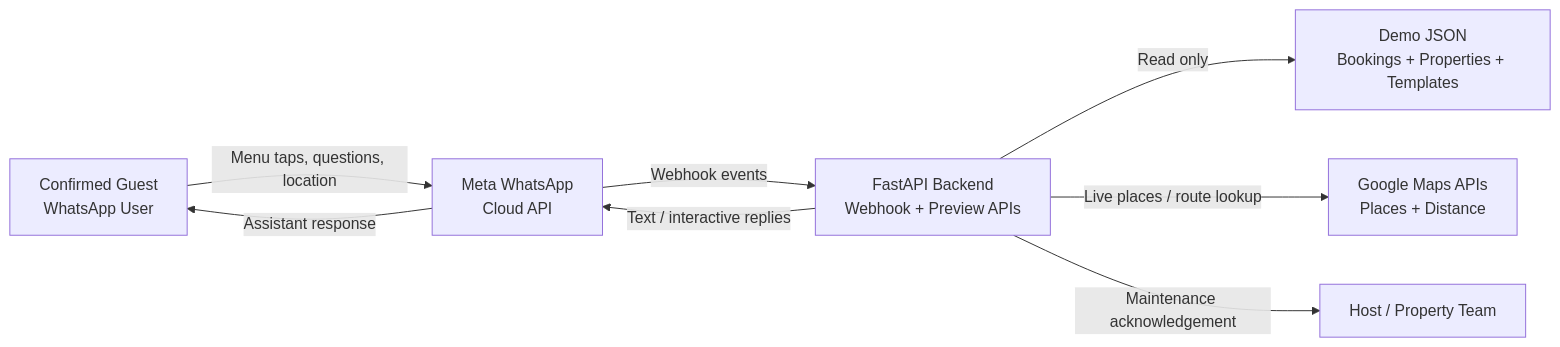
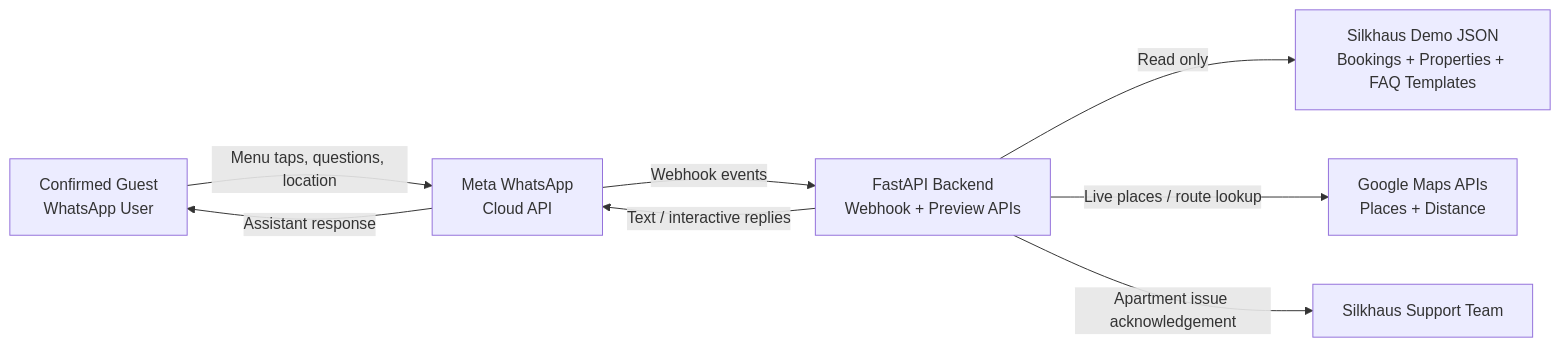
Before and after one commit to dhiraj-solace/rental-property-whatsApp-bot: the first of 3 diagrams in docs/architecture-and-activity-diagrams.md, drawn with Mermaid. The commit also changed other lines of this file and 5 other files, not shown here.

````diff
--- a/docs/architecture-and-activity-diagrams.md
+++ b/docs/architecture-and-activity-diagrams.md
@@ -7,18 +7,18 @@
 ```mermaid
 flowchart LR
     Guest["Confirmed Guest<br/>WhatsApp User"]
     Meta["Meta WhatsApp<br/>Cloud API"]
     API["FastAPI Backend<br/>Webhook + Preview APIs"]
-    Data["Demo JSON<br/>Bookings + Properties + Templates"]
+    Data["Silkhaus Demo JSON<br/>Bookings + Properties + FAQ Templates"]
     Maps["Google Maps APIs<br/>Places + Distance"]
-    Host["Host / Property Team"]
+    Host["Silkhaus Support Team"]
 
     Guest -->|"Menu taps, questions, location"| Meta
     Meta -->|"Webhook events"| API
     API -->|"Text / interactive replies"| Meta
     Meta -->|"Assistant response"| Guest
 
     API -->|"Read only"| Data
     API -->|"Live places / route lookup"| Maps
-    API -->|"Maintenance acknowledgement"| Host
+    API -->|"Apartment issue acknowledgement"| Host
 ```
````
